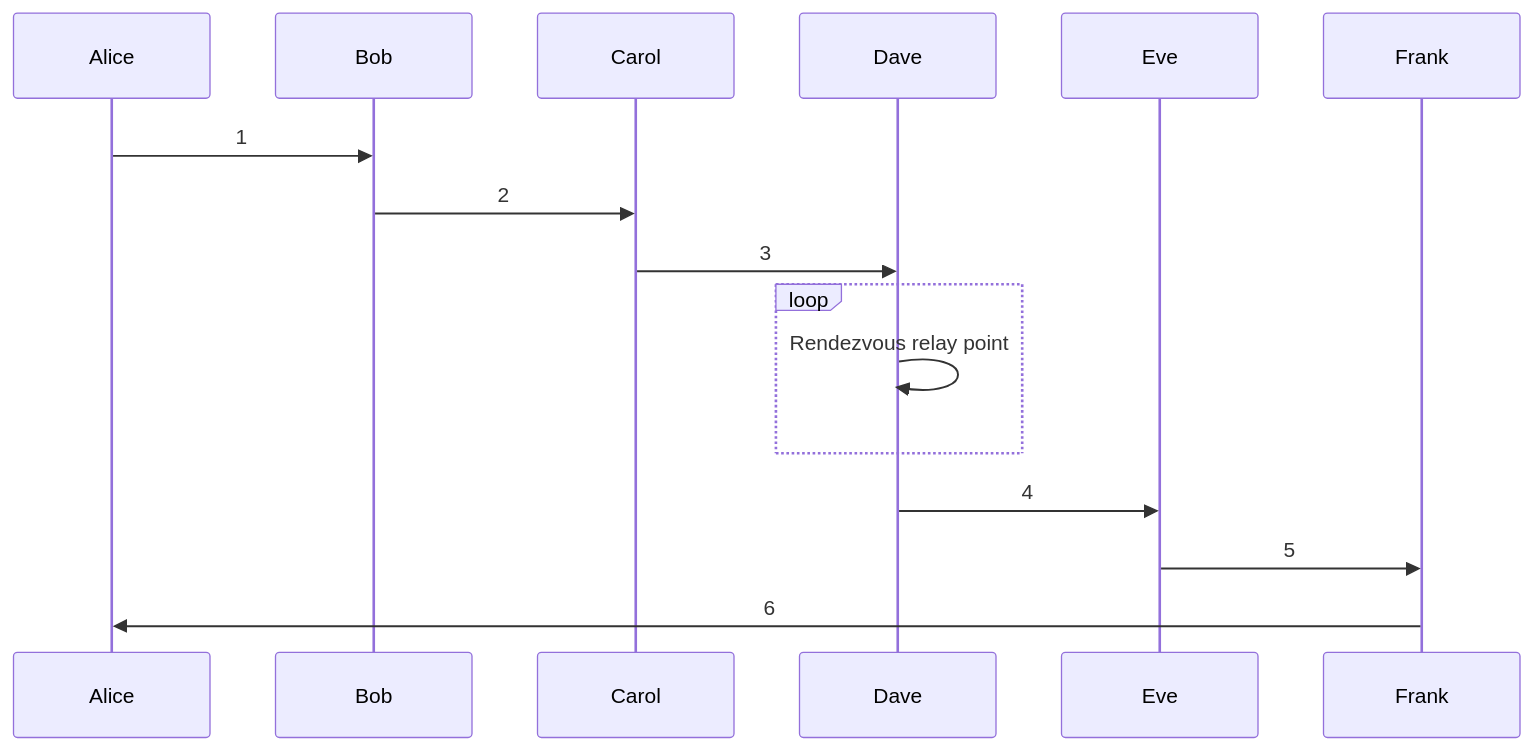
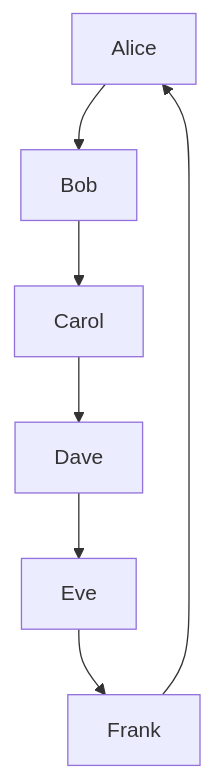
Before and after one commit to indra-labs/indra: the diagram in doc/whitepaper.md, drawn with Mermaid. The commit also changed other lines of this file and 1 other file, not shown here.

````diff
--- a/doc/whitepaper.md
+++ b/doc/whitepaper.md
@@ -185,12 +7,9 @@
 ```mermaid
-sequenceDiagram
-	Alice->>Bob: 1
-	Bob->>Carol: 2
-	Carol->>Dave: 3
-	loop
-		Dave->>Dave: Rendezvous relay point
-	end
-	Dave->>Eve: 4
-	Eve->>Frank: 5
-	Frank->>Alice: 6
+graph TD;
+    Alice-->Bob;
+    Bob-->Carol;
+    Carol-->Dave;
+    Dave-->Eve;
+    Eve-->Frank;
+    Frank-->Alice;
 ```
````
